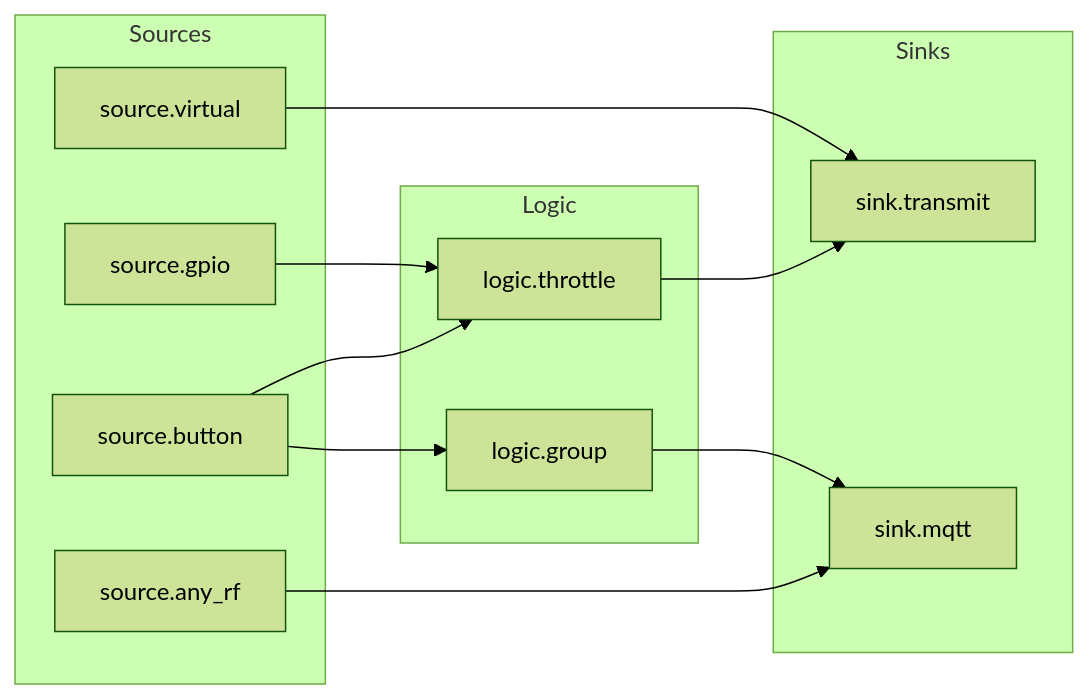
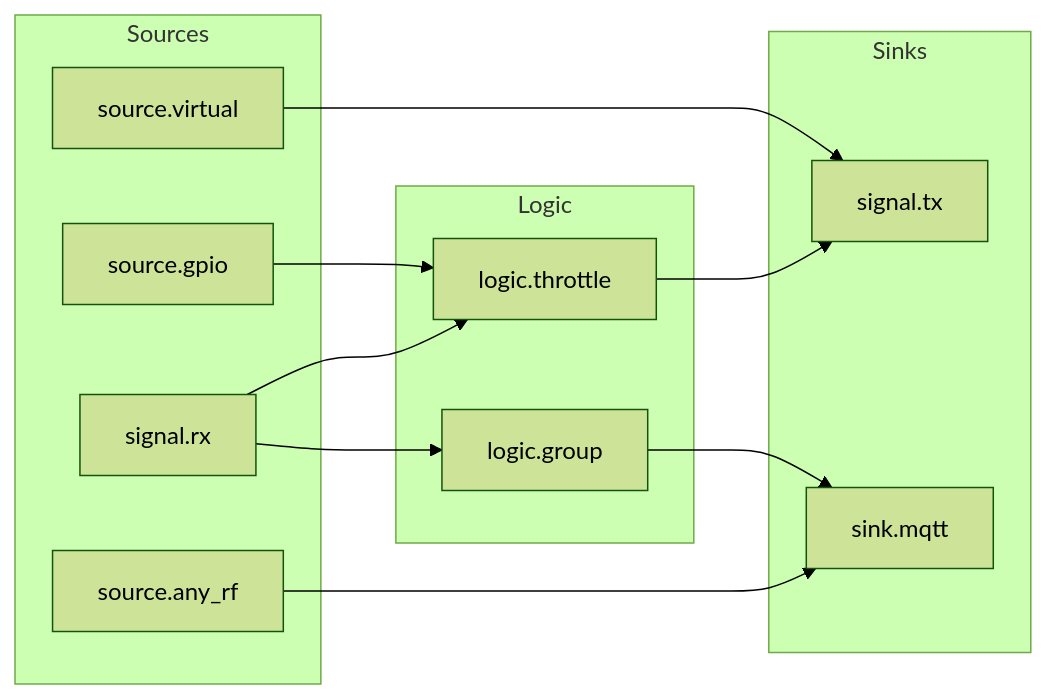
Before and after one commit to MarvAmBass/klingelbox: the diagram in docs/automations.md, drawn with Mermaid (forest theme). The commit also changed other lines of this file and 12 other files, not shown here.

````diff
--- a/docs/automations.md
+++ b/docs/automations.md
@@ -28,22 +28,22 @@
 ```mermaid
 graph LR
   subgraph Sources
-    A[source.button]
+    A["signal.rx"]
     B[source.gpio]
     C[source.virtual]
     D[source.any_rf]
   end
   subgraph Logic
     E[logic.group]
     F[logic.throttle]
   end
   subgraph Sinks
-    G[sink.transmit]
+    G["signal.tx"]
     H[sink.mqtt]
   end
   A --> F --> G
   B --> F
   C --> G
   D --> H
   A --> E --> H
 ```
````
